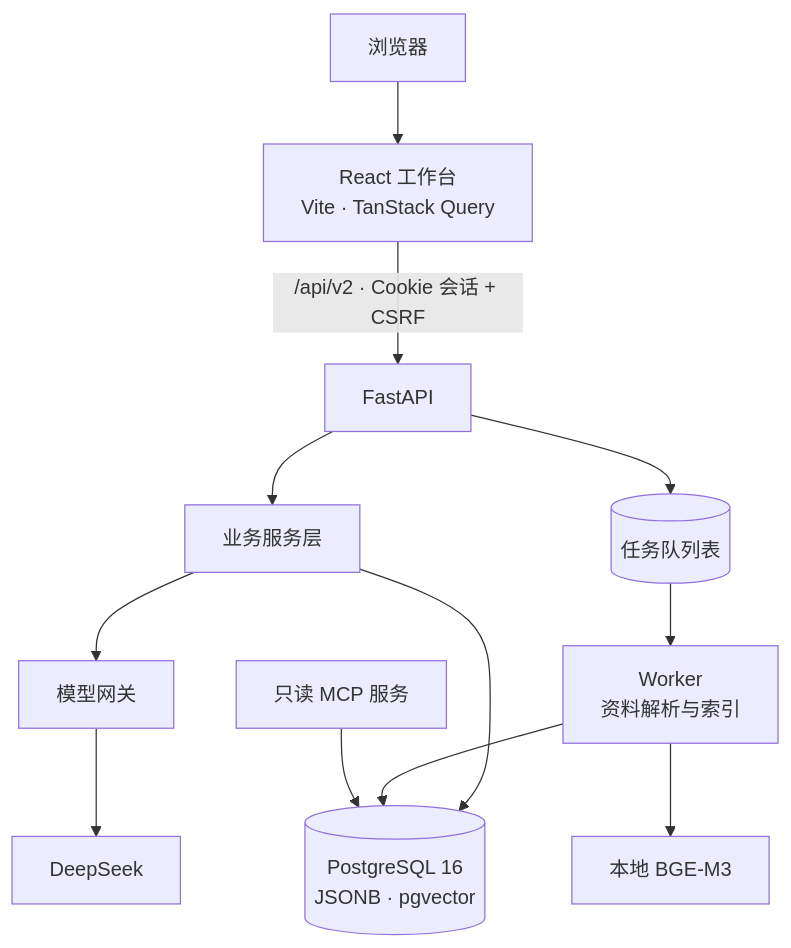
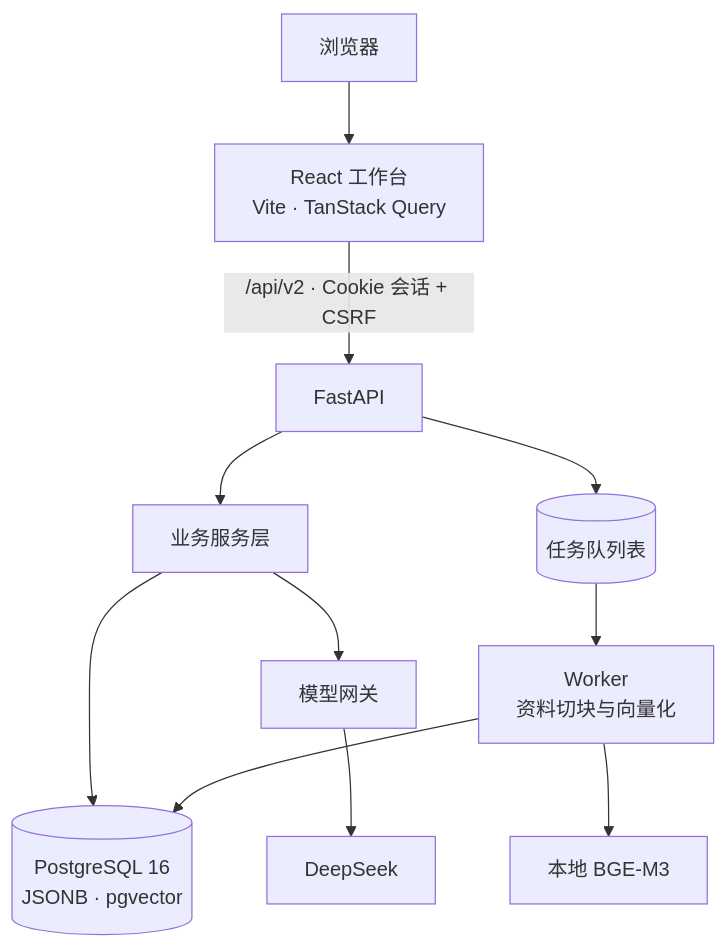
Before and after one commit to LI-opera/xiutu: the second of 2 diagrams in README.md, drawn with Mermaid. The commit also changed other lines of this file and 14 other files, not shown here.

````diff
--- a/README.md
+++ b/README.md
@@ -140,13 +149,12 @@
 ```mermaid
 flowchart TD
     U[浏览器] --> F[React 工作台<br/>Vite · TanStack Query]
     F -->|/api/v2 · Cookie 会话 + CSRF| A[FastAPI]
     A --> S[业务服务层]
     S --> DB[(PostgreSQL 16<br/>JSONB · pgvector)]
     S --> M[模型网关] --> LLM[DeepSeek]
     A --> J[(任务队列表)]
-    J --> W[Worker<br/>资料解析与索引]
+    J --> W[Worker<br/>资料切块与向量化]
     W --> E[本地 BGE-M3]
     W --> DB
-    MCP[只读 MCP 服务] --> DB
 ```
````
